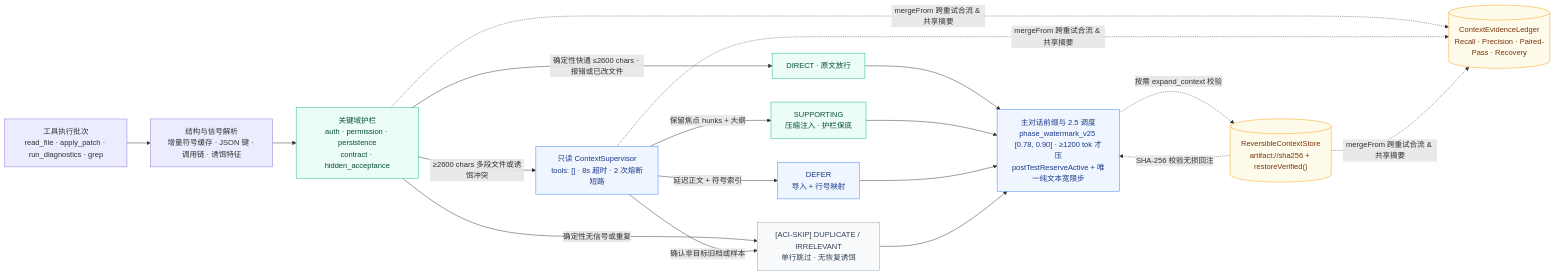
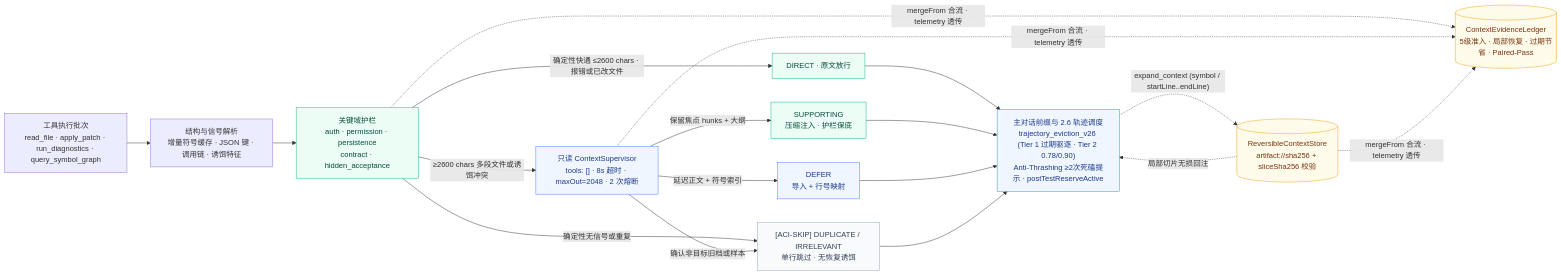
One commit to Eternite-0/Agent_US changed the first of 2 diagrams in README.md. Above: the diagram before and after it, drawn with Mermaid. The commit also changed other lines of this file, not shown here.

````diff
--- a/README.md
+++ b/README.md
@@ -89,25 +90,25 @@
 ```mermaid
 flowchart LR
-    TOOLS["工具执行批次\nread_file · apply_patch · run_diagnostics · grep"] --> PARSE["结构与信号解析\n增量符号缓存 · JSON 键 · 调用链 · 诱饵特征"]
+    TOOLS["工具执行批次\nread_file · apply_patch · run_diagnostics · query_symbol_graph"] --> PARSE["结构与信号解析\n增量符号缓存 · JSON 键 · 调用链 · 诱饵特征"]
     PARSE --> GUARD["关键域护栏\nauth · permission · persistence\ncontract · hidden_acceptance"]
     GUARD -->|"确定性快通 ≤2600 chars · 报错或已改文件"| DIRECT["DIRECT · 原文放行"]
     GUARD -->|"确定性无信号或重复"| SKIP["[ACI-SKIP] DUPLICATE / IRRELEVANT\n单行跳过 · 无恢复诱饵"]
-    GUARD -->|"≥2600 chars 多段文件或诱饵冲突"| SUP["只读 ContextSupervisor\ntools: [] · 8s 超时 · 2 次熔断短路"]
+    GUARD -->|"≥2600 chars 多段文件或诱饵冲突"| SUP["只读 ContextSupervisor\ntools: [] · 8s 超时 · maxOut=2048 · 2 次熔断"]
     SUP -->|"保留焦点 hunks + 大纲"| SUPPORT["SUPPORTING\n压缩注入 · 护栏保底"]
     SUP -->|"延迟正文 + 符号索引"| DEFER["DEFER\n导入 + 行号映射"]
     SUP -->|"确认非目标旧档或样本"| SKIP
 
-    DIRECT & SUPPORT & DEFER & SKIP --> LOOP["主对话前缀与 2.5 调度\nphase_watermark_v25 [0.78, 0.90] · ≥1200 tok 才压\npostTestReserveActive + 唯一纯文本宽限步"]
-    LOOP -.->|"按需 expand_context 校验"| STORE[("ReversibleContextStore\nartifact://sha256 + restoreVerified()")]
-    STORE -.->|"SHA-256 校验无损回注"| LOOP
-    GUARD & SUP & STORE -.->|"mergeFrom 跨重试合流 & 共享摘要"| LEDGER[("ContextEvidenceLedger\nRecall · Precision · Paired-Pass · Recovery")]
+    DIRECT & SUPPORT & DEFER & SKIP --> LOOP["主对话前缀与 2.6 轨迹调度\ntrajectory_eviction_v26 (Tier 1 过期驱逐 · Tier 2 0.78/0.90)\nAnti-Thrashing ≥2次死磕提示 · postTestReserveActive"]
+    LOOP -.->|"expand_context (symbol / startLine..endLine)"| STORE[("ReversibleContextStore\nartifact://sha256 + sliceSha256 校验")]
+    STORE -.->|"局部切片无损回注"| LOOP
+    GUARD & SUP & STORE -.->|"mergeFrom 合流 · telemetry 透传"| LEDGER[("ContextEvidenceLedger\n5级准入 · 局部恢复 · 过期节省 · Paired-Pass")]
 
     classDef safe fill:#ecfdf5,stroke:#10b981,color:#064e3b;
     classDef sup fill:#eff6ff,stroke:#3b82f6,color:#1e3a8a;
     classDef store fill:#fffbeb,stroke:#f59e0b,color:#78350f;
     classDef skip fill:#f8fafc,stroke:#94a3b8,color:#334155;
     class GUARD,SUPPORT,DIRECT safe;
     class SUP,DEFER,LOOP sup;
     class STORE,LEDGER store;
     class SKIP skip;
 ```
````
